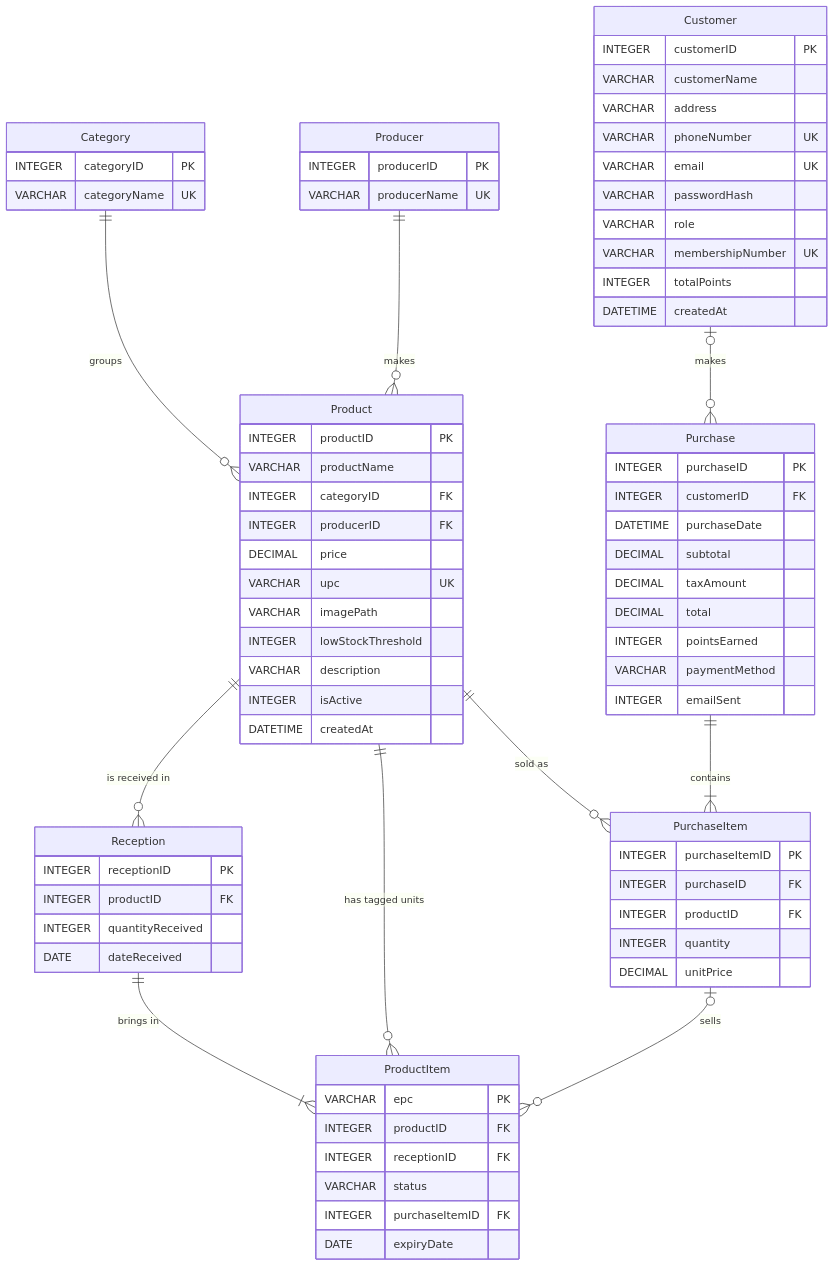
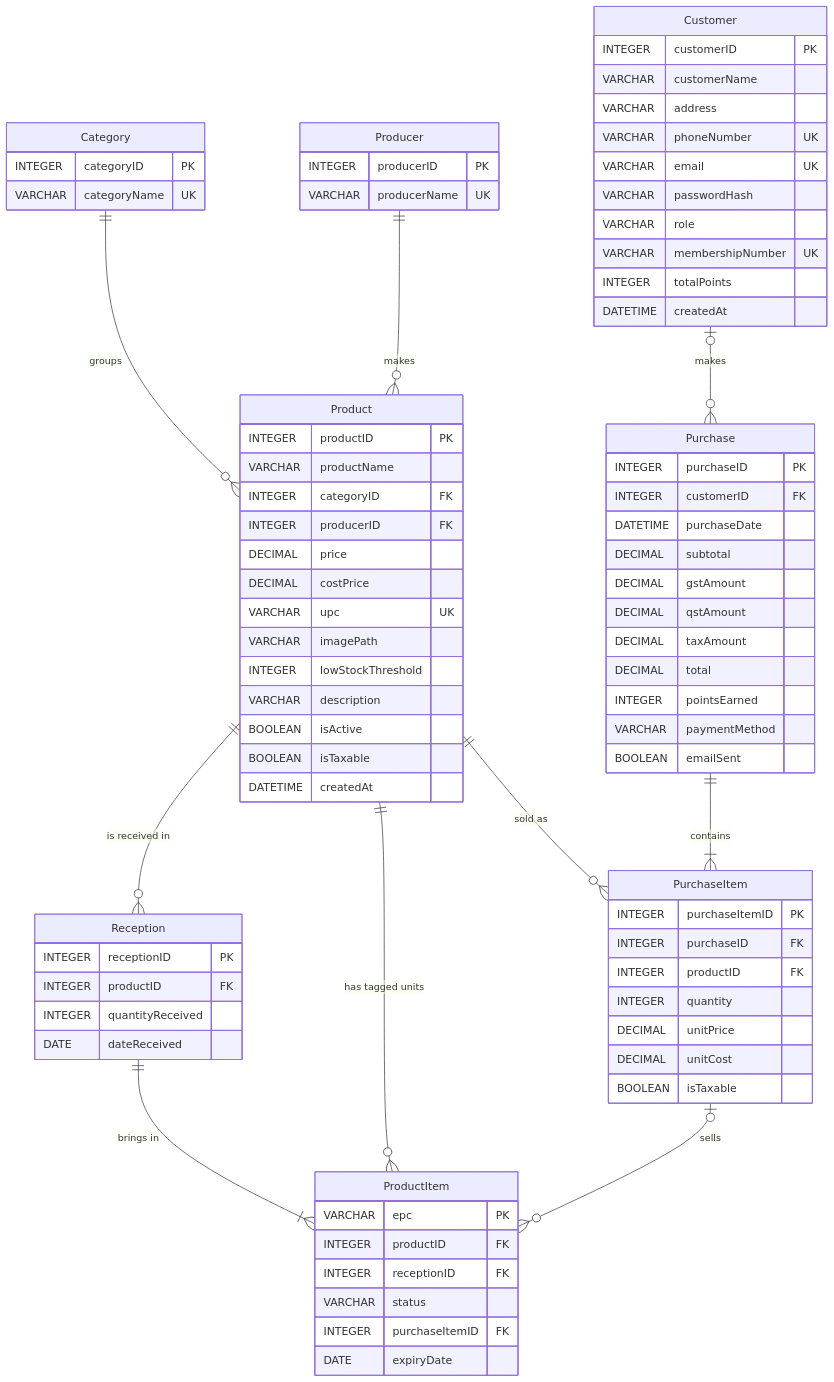
The diagram in docs/database.md (gvogas/IoT), drawn with Mermaid before and after one commit. The commit also changed other lines of this file and 25 other files, not shown here.

````diff
--- a/docs/database.md
+++ b/docs/database.md
@@ -40,11 +40,13 @@
         INTEGER categoryID FK
         INTEGER producerID FK
         DECIMAL price
+        DECIMAL costPrice
         VARCHAR upc UK
         VARCHAR imagePath
         INTEGER lowStockThreshold
         VARCHAR description
-        INTEGER isActive
+        BOOLEAN isActive
+        BOOLEAN isTaxable
         DATETIME createdAt
     }
     Reception {
@@ -78,11 +80,13 @@
         INTEGER customerID FK
         DATETIME purchaseDate
         DECIMAL subtotal
+        DECIMAL gstAmount
+        DECIMAL qstAmount
         DECIMAL taxAmount
         DECIMAL total
         INTEGER pointsEarned
         VARCHAR paymentMethod
-        INTEGER emailSent
+        BOOLEAN emailSent
     }
     PurchaseItem {
         INTEGER purchaseItemID PK
@@ -90,5 +94,7 @@
         INTEGER productID FK
         INTEGER quantity
         DECIMAL unitPrice
+        DECIMAL unitCost
+        BOOLEAN isTaxable
     }
 ```
````
